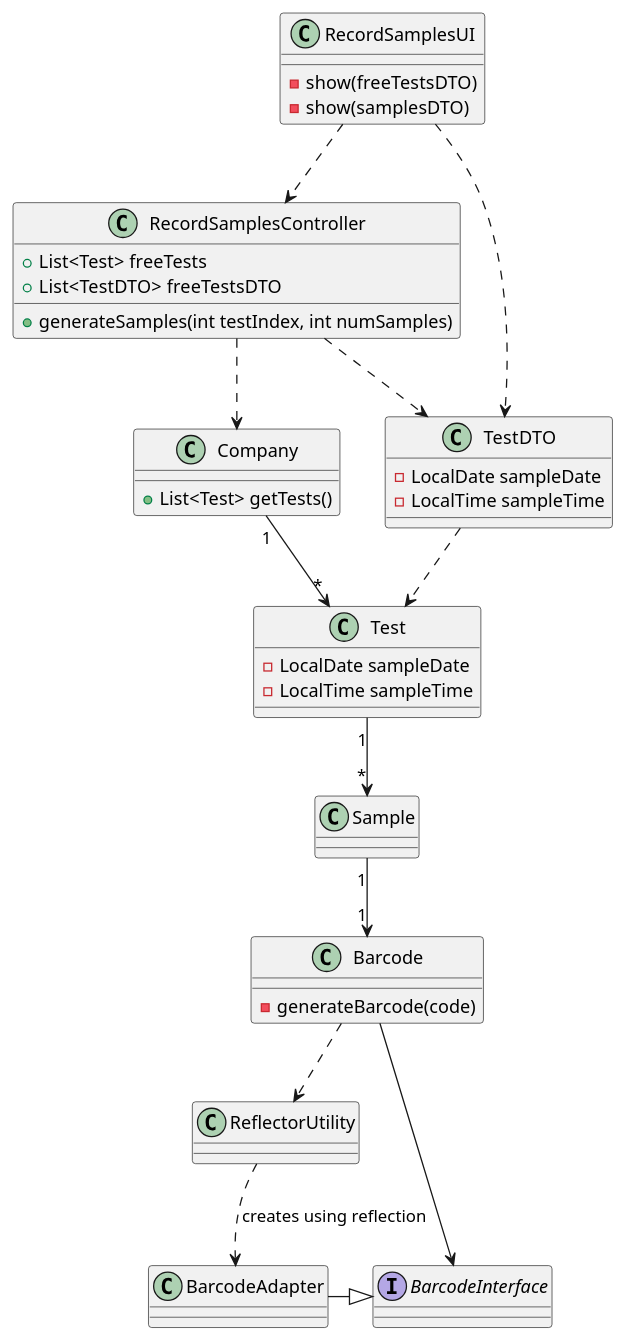
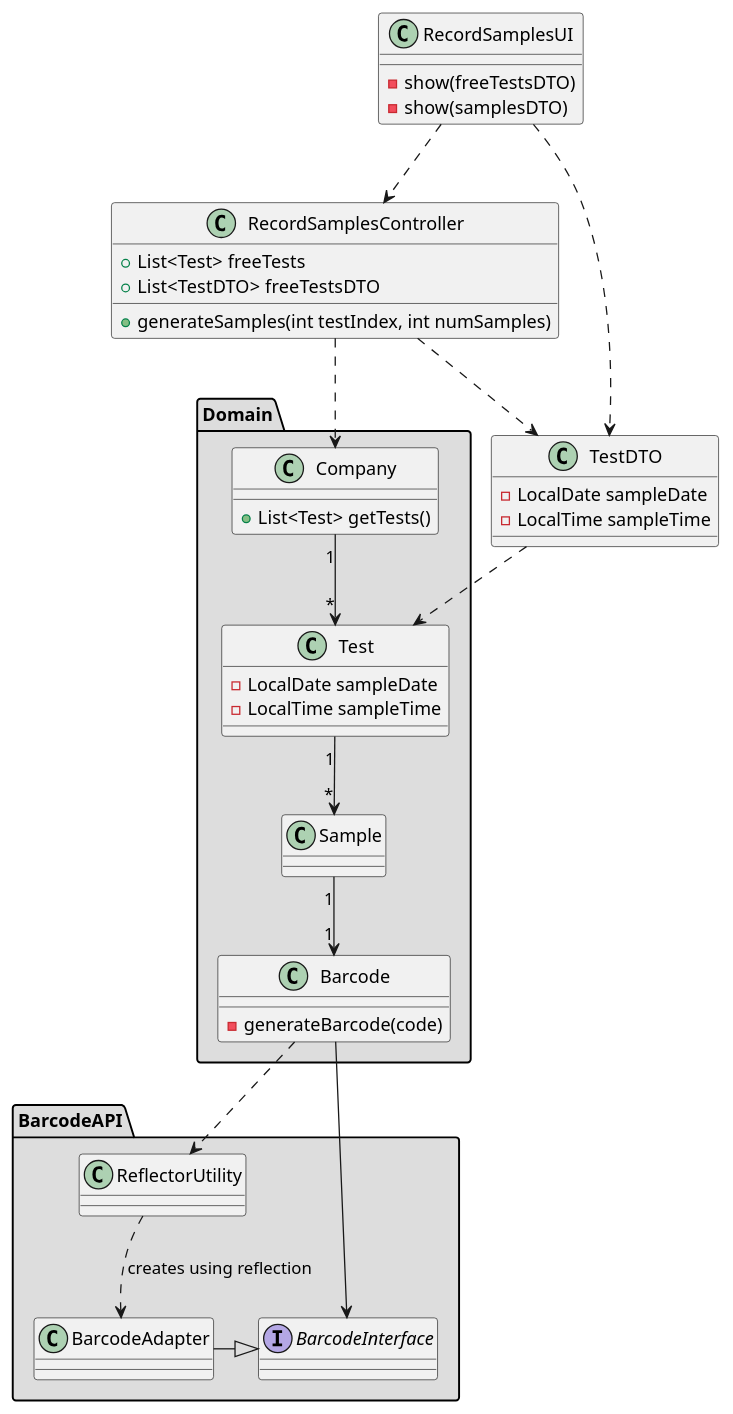
One commit to jsmarques98/LAPR2-ISEP changed the diagram in docs/SprintC/US5/US5-CD.puml. Above: the diagram before and after it, drawn with PlantUML. The commit also changed 2 other files, not shown here.

Commit message:
US 5 - Documentation - updated class diagram

```diff
--- a/docs/SprintC/US5/US5-CD.puml
+++ b/docs/SprintC/US5/US5-CD.puml
@@ -1,68 +1,72 @@
 @startuml
 class RecordSamplesUI {
  -show(freeTestsDTO)
  -show(samplesDTO)
 }
 
 class RecordSamplesController {
   +List<Test> freeTests
   +List<TestDTO> freeTestsDTO
   +generateSamples(int testIndex, int numSamples)
 }
 
 
-
+package "Domain" #DDDDDD {
 class Company {
   +List<Test> getTests()
 }
-
-RecordSamplesController ..> Company
-
 class Test {
 -LocalDate sampleDate
 -LocalTime sampleTime
+}
+class Sample {
 
 }
+class Barcode {
+ -generateBarcode(code)
+}
+
+}
+RecordSamplesController ..> Company
+
+
 
 
 class TestDTO {
 -LocalDate sampleDate
 -LocalTime sampleTime
 
 }
 
 RecordSamplesController ..> TestDTO
 RecordSamplesUI ..> TestDTO
 TestDTO ..> Test
 
 Company "1" --> "*" Test
 
-class Sample {
 
-}
 
 Test "1" --> "*" Sample
 
-class Barcode {
- -generateBarcode(code)
-}
 
 Sample "1" --> "1" Barcode
 
+package "BarcodeAPI" #DDDDDD {
 interface BarcodeInterface
 
 class ReflectorUtility
 
 class BarcodeAdapter
+}
 
 BarcodeAdapter -|> BarcodeInterface
 
 ReflectorUtility ..> BarcodeAdapter : creates using reflection
 
 RecordSamplesUI ..> RecordSamplesController
 
 Barcode --> BarcodeInterface
 
 Barcode ..> ReflectorUtility
 
 @enduml
```
